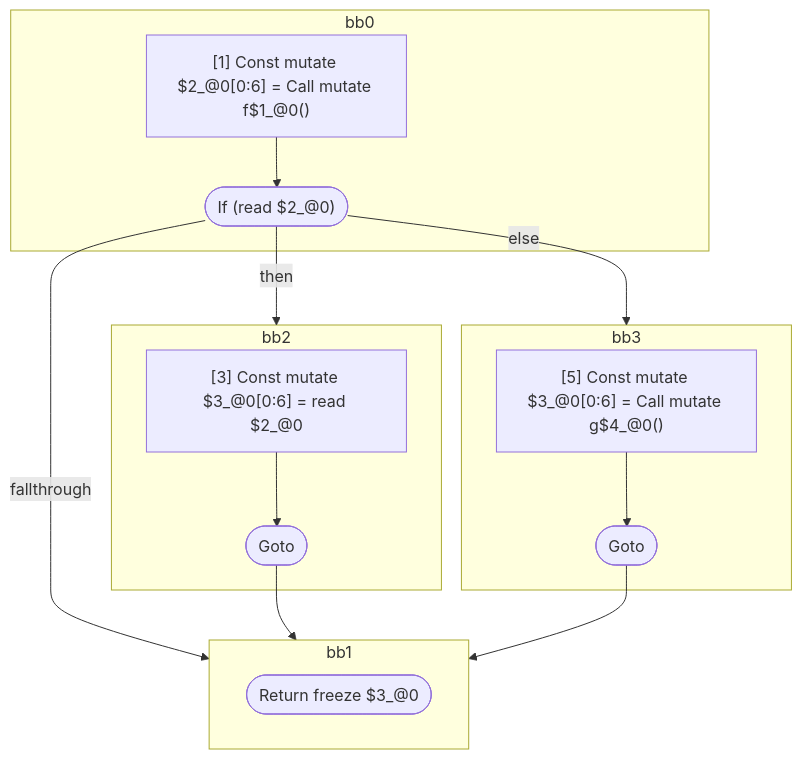
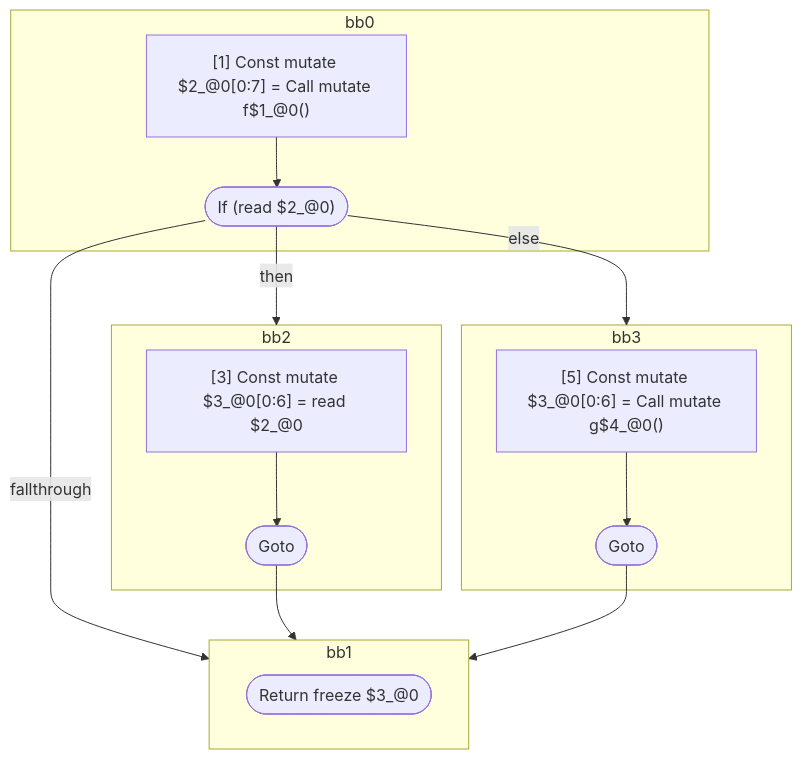
The second of 5 diagrams in compiler/forget/src/__tests__/fixtures/hir/logical-expression.expect.md (wutsmog/private), drawn with Mermaid before and after one commit. The commit also changed other lines of this file and 26 other files, not shown here.

````diff
--- a/compiler/forget/src/__tests__/fixtures/hir/logical-expression.expect.md
+++ b/compiler/forget/src/__tests__/fixtures/hir/logical-expression.expect.md
@@ -109,33 +109,33 @@
 ```mermaid
 flowchart TB
   %% Basic Blocks
   subgraph bb0
     bb0_instrs["
-      [1] Const mutate $2_@0[0:6] = Call mutate f$1_@0()
+      [1] Const mutate $2_@0[0:7] = Call mutate f$1_@0()
     "]
     bb0_instrs --> bb0_terminal(["If (read $2_@0)"])
   end
   subgraph bb2
     bb2_instrs["
       [3] Const mutate $3_@0[0:6] = read $2_@0
     "]
     bb2_instrs --> bb2_terminal(["Goto"])
   end
   subgraph bb3
     bb3_instrs["
       [5] Const mutate $3_@0[0:6] = Call mutate g$4_@0()
     "]
     bb3_instrs --> bb3_terminal(["Goto"])
   end
   subgraph bb1
     bb1_terminal(["Return freeze $3_@0"])
   end
 
   %% Jumps
   bb0_terminal -- "then" --> bb2
   bb0_terminal -- "else" --> bb3
   bb0_terminal -- "fallthrough" --> bb1
   bb2_terminal --> bb1
   bb3_terminal --> bb1
 
 ```
````
